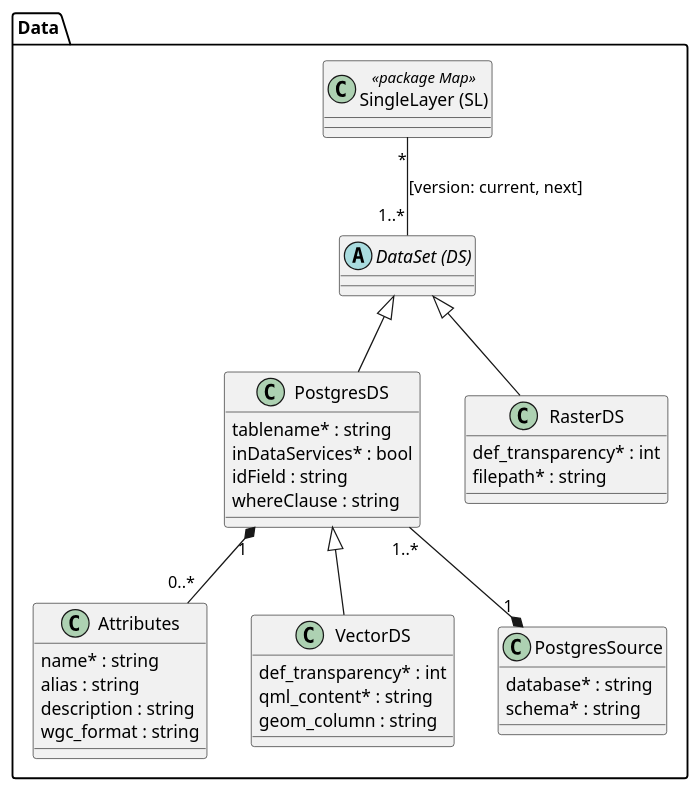
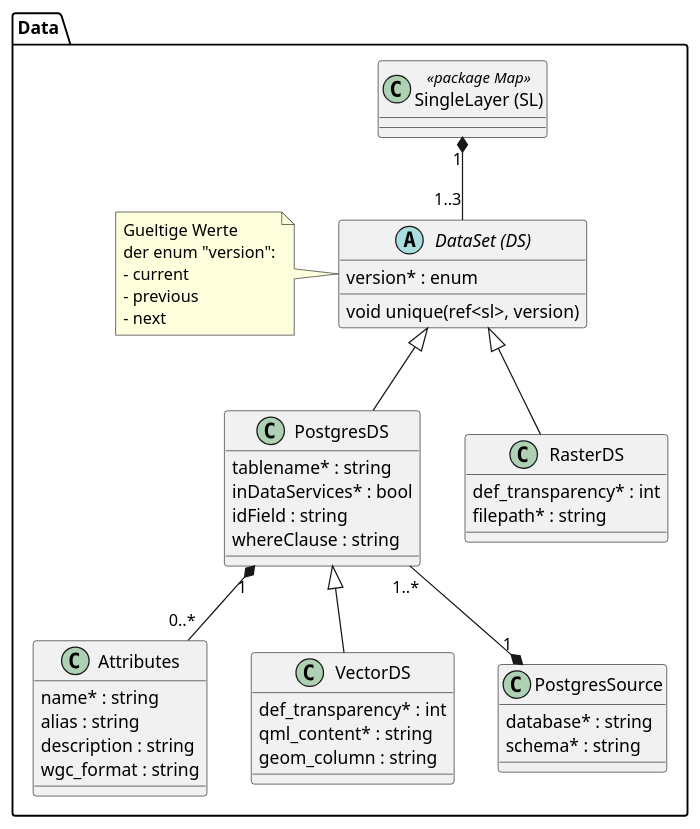
One commit to simi-so/mm changed the diagram in puml/src/simi_data.puml. Above: the diagram before and after it, drawn with PlantUML. The commit also changed 2 other files, not shown here.

```diff
--- a/puml/src/simi_data.puml
+++ b/puml/src/simi_data.puml
@@ -1,49 +1,60 @@
 @startuml
 
 package Data {
 
   class "SingleLayer (SL)" as sl << package Map >>
 
-  abstract class "DataSet (DS)" as ds
+  abstract class "DataSet (DS)" as ds {
+    version* : enum
+    void unique(ref<sl>, version)
+  }
+
+  note left
+    Gueltige Werte
+    der enum "version":
+    - current
+    - previous
+    - next
+  end note
   
   class "PostgresDS" as pds {
     tablename* : string
     inDataServices* : bool
     idField : string
     whereClause : string
   }
   
   class "Attributes" as attr {
     name* : string
     alias : string
     description : string
     wgc_format : string
   }
   
   class "VectorDS" as vds {
     def_transparency* : int
     qml_content* : string
     geom_column : string
   }
   
   class "RasterDS" as rds {
     def_transparency* : int
     filepath* : string
   }
   
   class "PostgresSource" as pgsrc {
     database* : string
     schema* : string
   }
   
   ds <|-- rds
   ds <|-- pds
   pds <|-- vds
 
-  sl "*" -- "1..*" ds : [version: current, next]
+  sl "1" *-- "1..3" ds
   
   pds "1..*" --* "1" pgsrc
   pds "1" *-- "0..*" attr
 }
 
 @enduml
```
